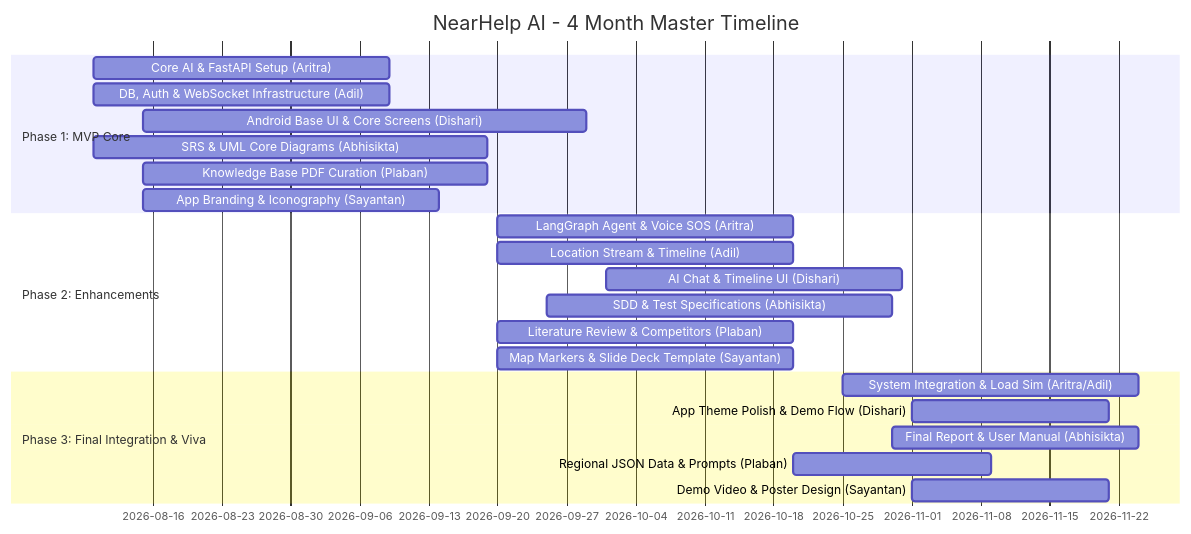
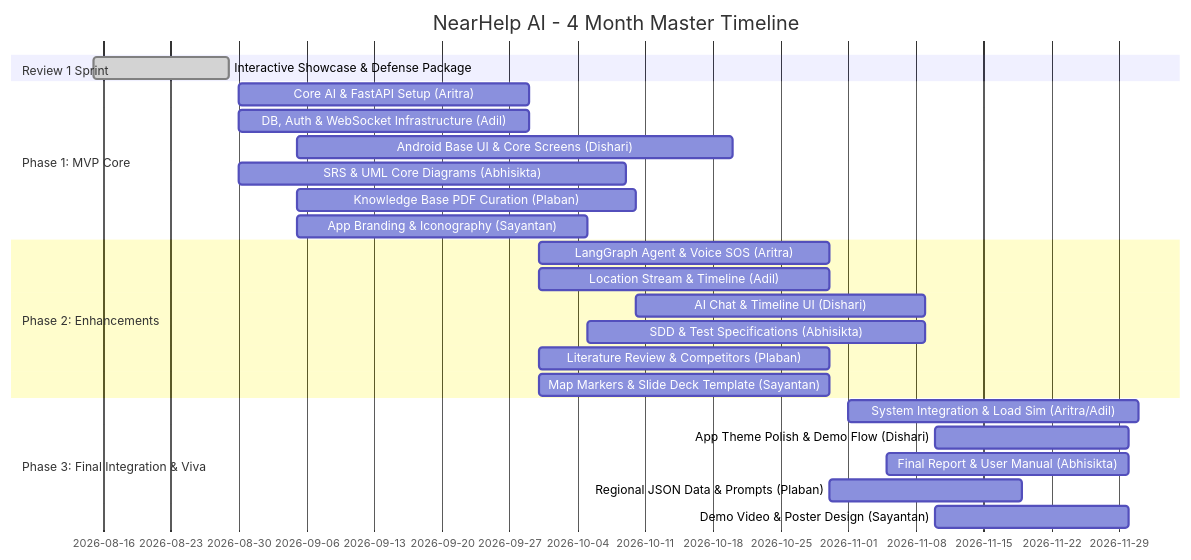
The diagram in docs/Task.md (aritraio/NearHelp), drawn with Mermaid before and after one commit. The commit also changed other lines of this file and 1 other file, not shown here.

Commit message:
docs: update project roadmap and team status for Review 1 completion

````diff
--- a/docs/Task.md
+++ b/docs/Task.md
@@ -243,25 +278,27 @@
 ```mermaid
 gantt
     title NearHelp AI - 4 Month Master Timeline
     dateFormat  YYYY-MM-DD
+    section Review 1 Sprint
+    Interactive Showcase & Defense Package :done, 2026-08-15, 14d
     section Phase 1: MVP Core
-    Core AI & FastAPI Setup (Aritra)         :2026-08-10, 30d
-    DB, Auth & WebSocket Infrastructure (Adil):2026-08-10, 30d
-    Android Base UI & Core Screens (Dishari)  :2026-08-15, 45d
-    SRS & UML Core Diagrams (Abhisikta)      :2026-08-10, 40d
-    Knowledge Base PDF Curation (Plaban)     :2026-08-15, 35d
-    App Branding & Iconography (Sayantan)    :2026-08-15, 30d
+    Core AI & FastAPI Setup (Aritra)         :2026-08-30, 30d
+    DB, Auth & WebSocket Infrastructure (Adil):2026-08-30, 30d
+    Android Base UI & Core Screens (Dishari)  :2026-09-05, 45d
+    SRS & UML Core Diagrams (Abhisikta)      :2026-08-30, 40d
+    Knowledge Base PDF Curation (Plaban)     :2026-09-05, 35d
+    App Branding & Iconography (Sayantan)    :2026-09-05, 30d
     section Phase 2: Enhancements
-    LangGraph Agent & Voice SOS (Aritra)     :2026-09-20, 30d
-    Location Stream & Timeline (Adil)         :2026-09-20, 30d
-    AI Chat & Timeline UI (Dishari)          :2026-10-01, 30d
-    SDD & Test Specifications (Abhisikta)    :2026-09-25, 35d
-    Literature Review & Competitors (Plaban) :2026-09-20, 30d
-    Map Markers & Slide Deck Template (Sayantan):2026-09-20, 30d
+    LangGraph Agent & Voice SOS (Aritra)     :2026-09-30, 30d
+    Location Stream & Timeline (Adil)         :2026-09-30, 30d
+    AI Chat & Timeline UI (Dishari)          :2026-10-10, 30d
+    SDD & Test Specifications (Abhisikta)    :2026-10-05, 35d
+    Literature Review & Competitors (Plaban) :2026-09-30, 30d
+    Map Markers & Slide Deck Template (Sayantan):2026-09-30, 30d
     section Phase 3: Final Integration & Viva
-    System Integration & Load Sim (Aritra/Adil):2026-10-25, 30d
-    App Theme Polish & Demo Flow (Dishari)   :2026-11-01, 20d
-    Final Report & User Manual (Abhisikta)   :2026-10-30, 25d
-    Regional JSON Data & Prompts (Plaban)    :2026-10-20, 20d
-    Demo Video & Poster Design (Sayantan)    :2026-11-01, 20d
+    System Integration & Load Sim (Aritra/Adil):2026-11-01, 30d
+    App Theme Polish & Demo Flow (Dishari)   :2026-11-10, 20d
+    Final Report & User Manual (Abhisikta)   :2026-11-05, 25d
+    Regional JSON Data & Prompts (Plaban)    :2026-10-30, 20d
+    Demo Video & Poster Design (Sayantan)    :2026-11-10, 20d
 ```
````
